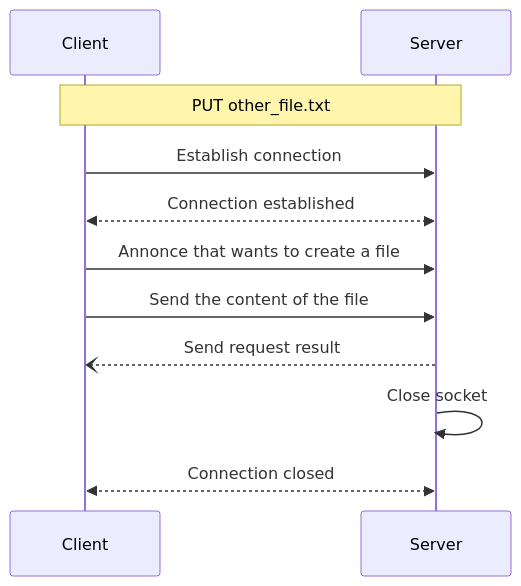
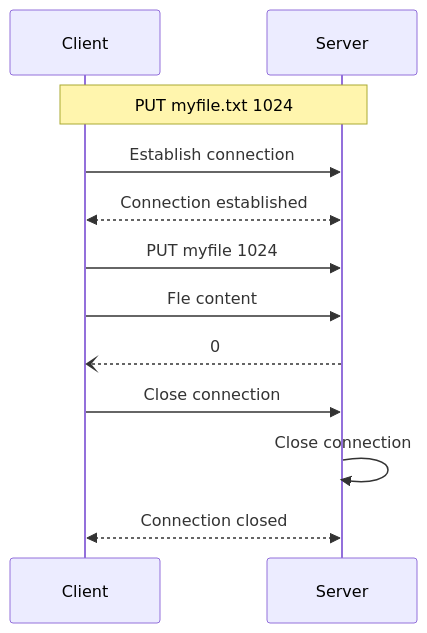
One commit to Thynkon/dai-pw-02 changed the diagram in docs/diagrams/put.mmd. Above: the diagram before and after it, drawn with Mermaid. The commit also changed other lines of this file and 23 other files, not shown here.

Commit message:
Update protocol and sequence diagrams

```diff
--- a/docs/diagrams/put.mmd
+++ b/docs/diagrams/put.mmd
@@ -1,12 +1,14 @@
 sequenceDiagram
     participant Client
     participant Server
 
-    Note over Client,Server: PUT other_file.txt
+    %% Initialisation
+    Note over Client,Server: PUT myfile.txt 1024
     Client->>Server: Establish connection
     Server<<-->>Client: Connection established
-    Client->>Server: Annonce that wants to create a file
-    Client->>Server: Send the content of the file
-    Server--)Client: Send request result
-    Server->>Server: Close socket
+    Client->>Server: PUT myfile 1024
+    Client->>Server: Fle content
+    Server--)Client: 0
+    Client->>Server: Close connection
+    Server->>Server: Close connection
     Server<<-->>Client: Connection closed
```
